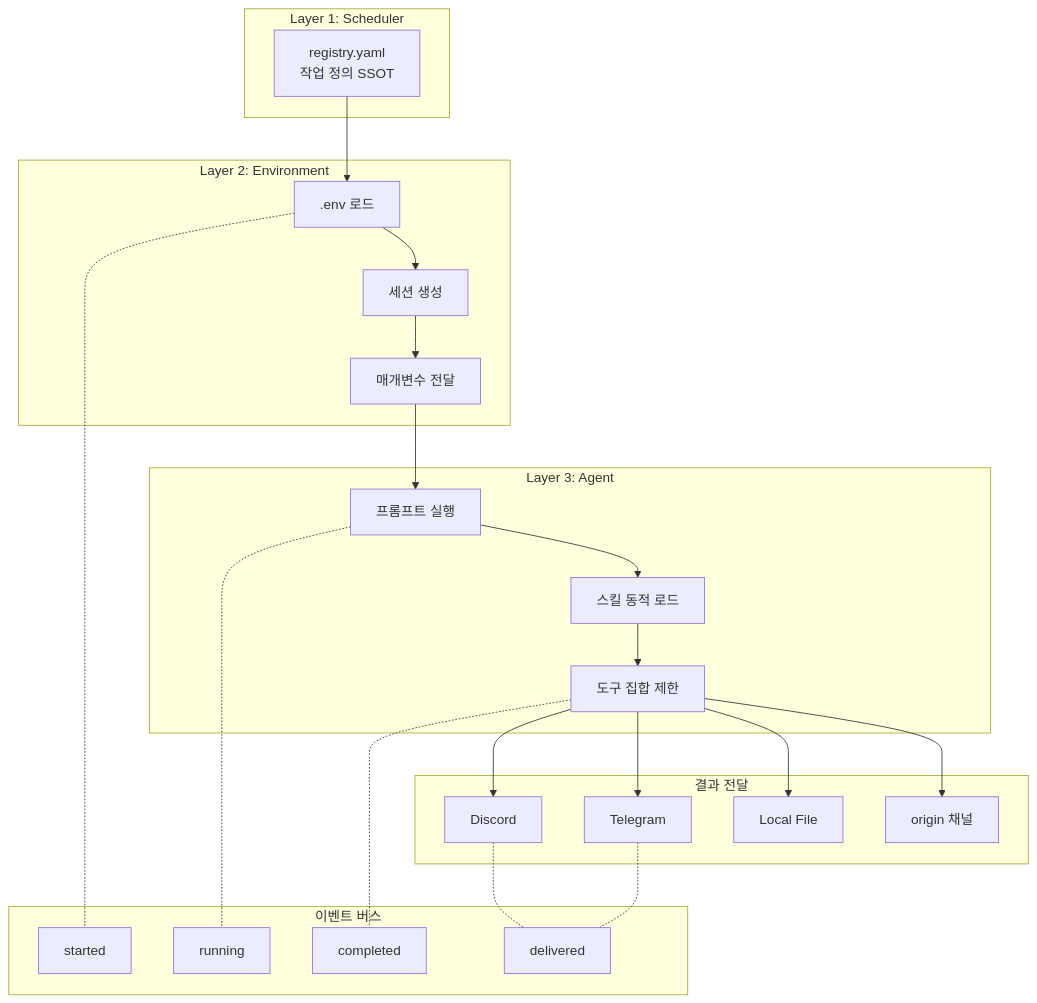
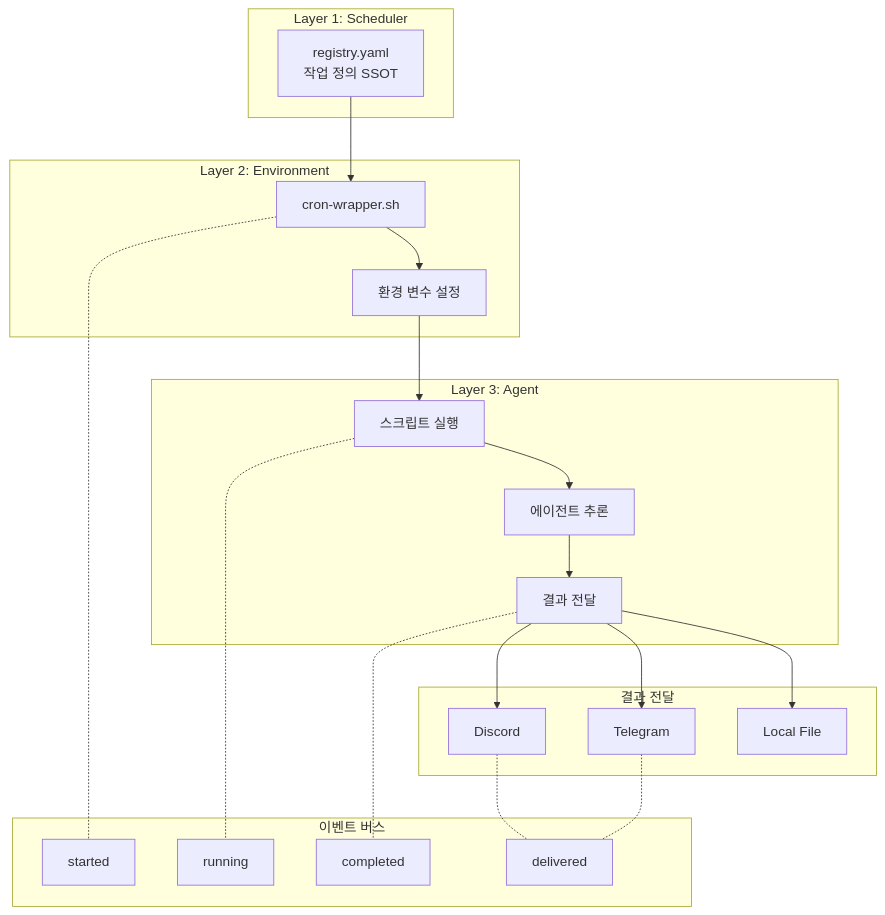
One commit to pheanor-agent/p-hermes changed the first of 3 diagrams in docs/wiki/guides/automation.md. Above: the diagram before and after it, drawn with Mermaid. The commit also changed other lines of this file and 11 other files, not shown here.

````diff
--- a/docs/wiki/guides/automation.md
+++ b/docs/wiki/guides/automation.md
@@ -37,44 +37,41 @@
 ```mermaid
 flowchart TD
     subgraph Registry["Layer 1: Scheduler"]
         R[registry.yaml<br/>작업 정의 SSOT]
     end
 
     subgraph Wrapper["Layer 2: Environment"]
-        W1[".env 로드"]
-        W2["세션 생성"]
-        W3["매개변수 전달"]
+        W1["cron-wrapper.sh"]
+        W2["환경 변수 설정"]
     end
 
     subgraph Runner["Layer 3: Agent"]
-        R1["프롬프트 실행"]
-        R2["스킬 동적 로드"]
-        R3["도구 집합 제한"]
+        R1["스크립트 실행"]
+        R2["에이전트 추론"]
+        R3["결과 전달"]
     end
 
     subgraph Delivery["결과 전달"]
         D1["Discord"]
         D2["Telegram"]
         D3["Local File"]
-        D4["origin 채널"]
     end
 
     subgraph Events["이벤트 버스"]
         E1["started"]
         E2["running"]
         E3["completed"]
         E4["delivered"]
     end
 
     R --> W1
     W1 --> W2
-    W2 --> W3
-    W3 --> R1
+    W2 --> R1
     R1 --> R2
     R2 --> R3
-    R3 --> D1 & D2 & D3 & D4
+    R3 --> D1 & D2 & D3
     W1 -.- E1
     R1 -.- E2
     R3 -.- E3
     D1 & D2 -.- E4
 ```
````
